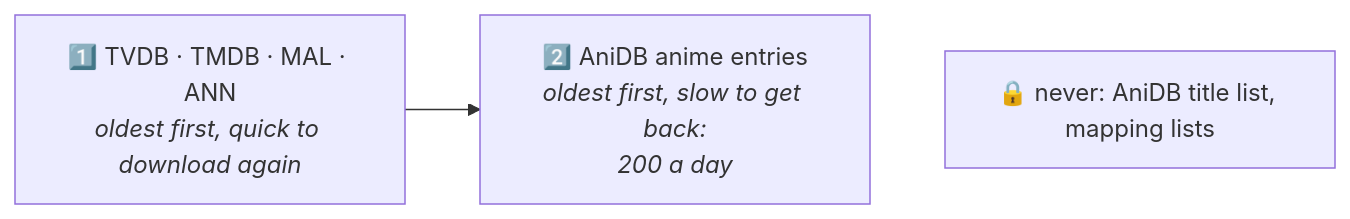
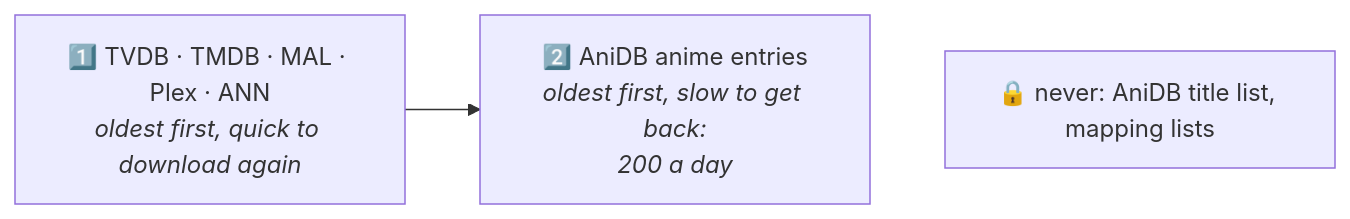
One commit to KurtzPT/kizuna changed the second of 2 diagrams in SETTINGS.md. Above: the diagram before and after it, drawn with Mermaid. The commit also changed other lines of this file and 39 other files, not shown here.

````diff
--- a/SETTINGS.md
+++ b/SETTINGS.md
@@ -243,6 +250,6 @@
 ```mermaid
 flowchart LR
-    A["1️⃣ TVDB · TMDB · MAL · ANN<br/><i>oldest first, quick to download again</i>"] --> B["2️⃣ AniDB anime entries<br/><i>oldest first, slow to get back:<br/>200 a day</i>"]
+    A["1️⃣ TVDB · TMDB · MAL · Plex · ANN<br/><i>oldest first, quick to download again</i>"] --> B["2️⃣ AniDB anime entries<br/><i>oldest first, slow to get back:<br/>200 a day</i>"]
     N["🔒 never: AniDB title list, mapping lists"]
     B ~~~ N
 ```
````
